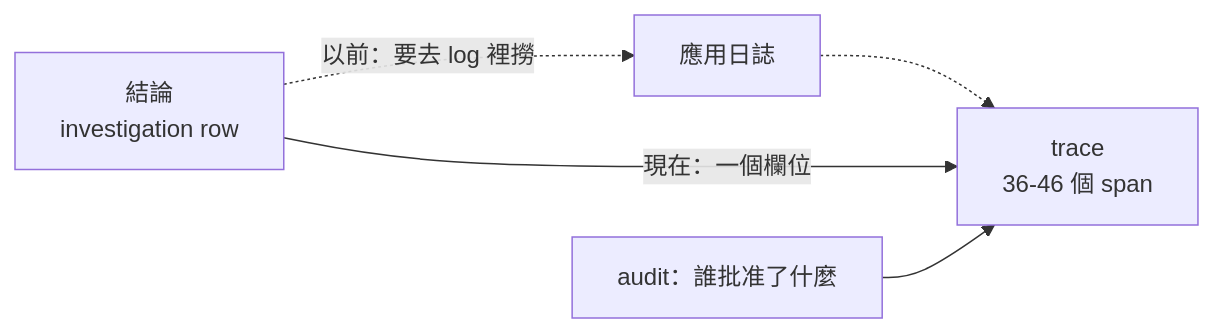
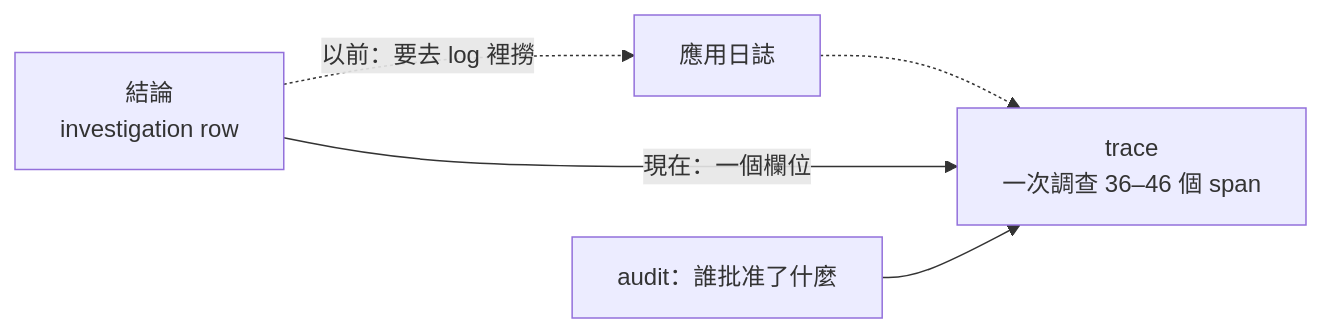
One commit to tedmax100/o11y-bench changed the first of 2 diagrams in weaver-demo/ironman-2026/day25.md. Above: the diagram before and after it, drawn with Mermaid. The commit also changed other lines of this file and 17 other files, not shown here.

````diff
--- a/weaver-demo/ironman-2026/day25.md
+++ b/weaver-demo/ironman-2026/day25.md
@@ -99,7 +99,7 @@
 ```mermaid
 flowchart LR
     C["結論<br/>investigation row"] -.->|"以前：要去 log 裡撈"| L["應用日誌"]
-    L -.-> T["trace<br/>36-46 個 span"]
+    L -.-> T["trace<br/>一次調查 36–46 個 span"]
     C -->|"現在：一個欄位"| T
     A["audit：誰批准了什麼"] --> T
 ```
````
